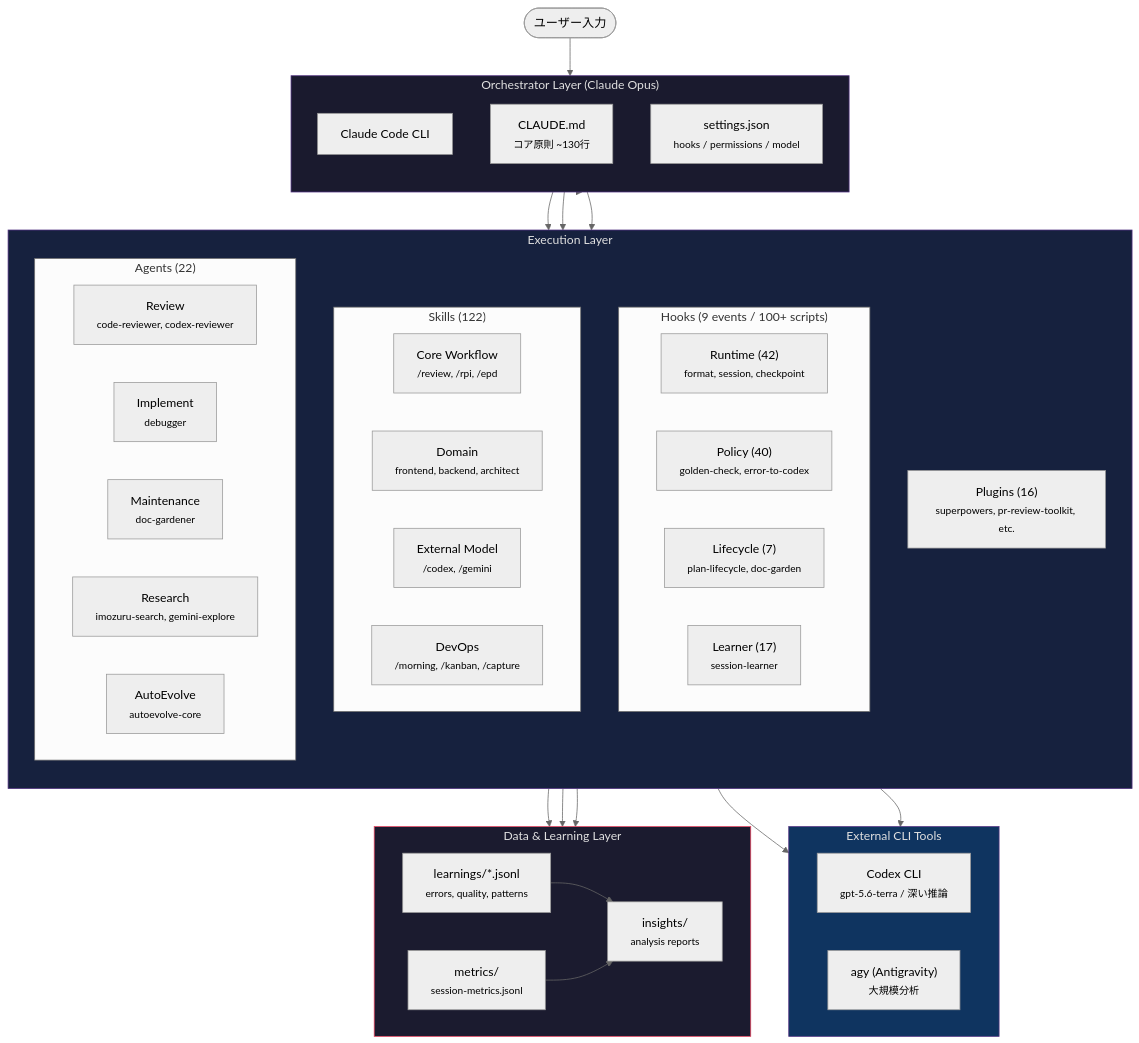
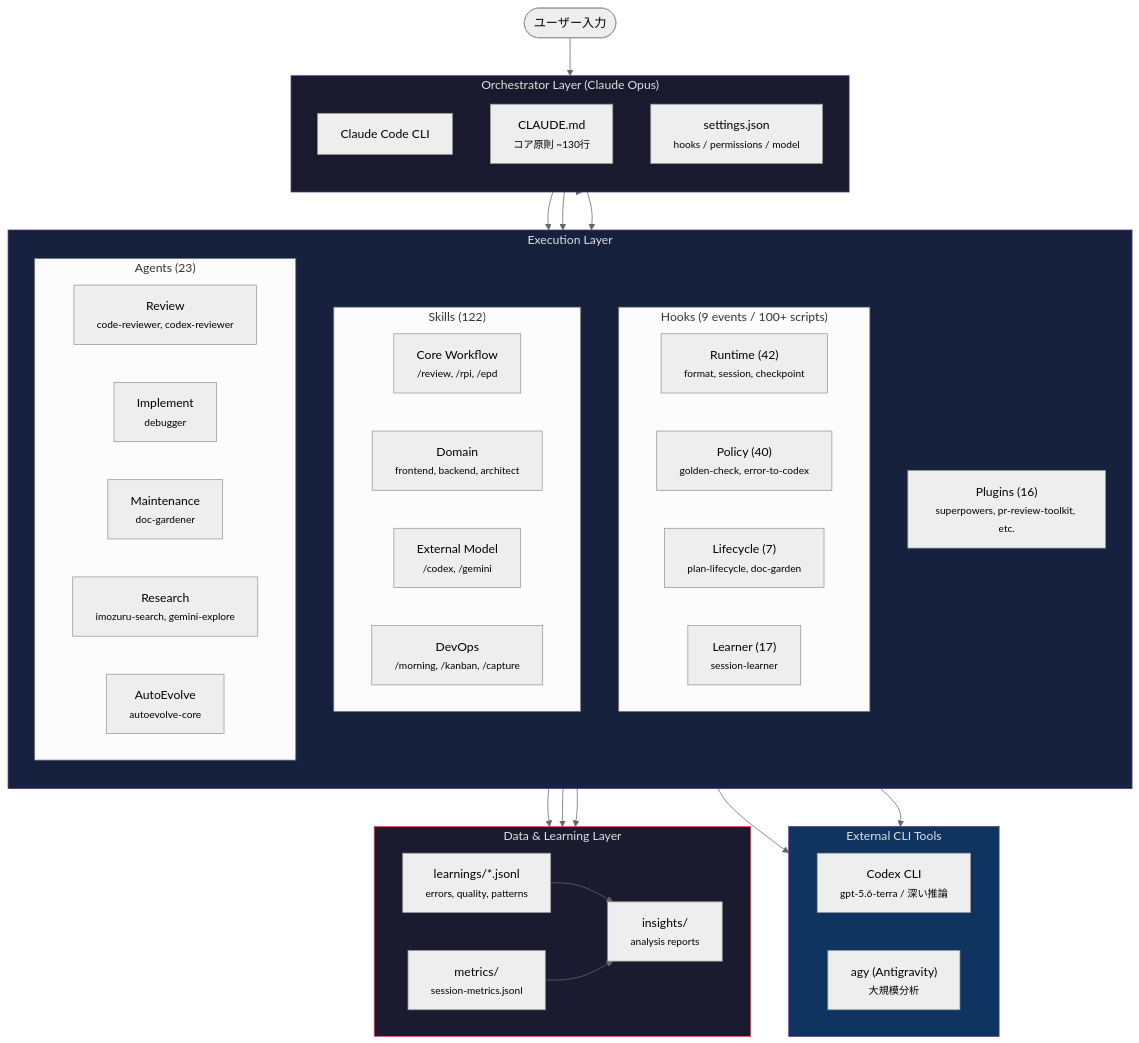
The first of 3 diagrams in .config/claude/README.md (takeuchi-shogo/dotfiles), drawn with Mermaid (neutral theme) before and after one commit. The commit also changed other lines of this file and 5 other files, not shown here.

````diff
--- a/.config/claude/README.md
+++ b/.config/claude/README.md
@@ -28,72 +28,72 @@
 ```mermaid
 graph TB
     User([ユーザー入力])
 
     subgraph orchestrator["Orchestrator Layer (Claude Opus)"]
         direction TB
         CC[Claude Code CLI]
         CLAUDE_MD["CLAUDE.md<br><small>コア原則 ~130行</small>"]
         SETTINGS["settings.json<br><small>hooks / permissions / model</small>"]
     end
 
     subgraph execution["Execution Layer"]
         direction TB
         subgraph hooks_box["Hooks (9 events / 100+ scripts)"]
             direction LR
             H_RT["Runtime (42)<br><small>format, session, checkpoint</small>"]
             H_PO["Policy (40)<br><small>golden-check, error-to-codex</small>"]
             H_LC["Lifecycle (7)<br><small>plan-lifecycle, doc-garden</small>"]
             H_LR["Learner (17)<br><small>session-learner</small>"]
         end
 
         subgraph skills_box["Skills (122)"]
             direction LR
             SK_CORE["Core Workflow<br><small>/review, /rpi, /epd</small>"]
             SK_DOMAIN["Domain<br><small>frontend, backend, architect</small>"]
             SK_EXT["External Model<br><small>/codex, /gemini</small>"]
             SK_OPS["DevOps<br><small>/morning, /kanban, /capture</small>"]
         end
 
-        subgraph agents_box["Agents (22)"]
+        subgraph agents_box["Agents (23)"]
             direction LR
             AG_REV["Review<br><small>code-reviewer, codex-reviewer</small>"]
             AG_IMPL["Implement<br><small>debugger</small>"]
             AG_MAINT["Maintenance<br><small>doc-gardener</small>"]
             AG_RESEARCH["Research<br><small>imozuru-search, gemini-explore</small>"]
             AG_EVOLVE["AutoEvolve<br><small>autoevolve-core</small>"]
         end
 
         PLUGINS["Plugins (16)<br><small>superpowers, pr-review-toolkit, etc.</small>"]
     end
 
     subgraph external["External CLI Tools"]
         direction LR
         CODEX["Codex CLI<br><small>gpt-5.6-terra / 深い推論</small>"]
         GEMINI["agy (Antigravity)<br><small>大規模分析</small>"]
     end
 
     subgraph data["Data & Learning Layer"]
         direction LR
         LEARNINGS["learnings/*.jsonl<br><small>errors, quality, patterns</small>"]
         METRICS["metrics/<br><small>session-metrics.jsonl</small>"]
         INSIGHTS["insights/<br><small>analysis reports</small>"]
     end
 
     User --> CC
     CC --> hooks_box
     CC --> skills_box
     CC --> agents_box
     CC --> PLUGINS
     SK_EXT --> CODEX
     SK_EXT --> GEMINI
     AG_EVOLVE --> LEARNINGS
     H_LR --> LEARNINGS
     H_PO --> LEARNINGS
     LEARNINGS --> INSIGHTS
     METRICS --> INSIGHTS
 
     style orchestrator fill:#1a1a2e,stroke:#533483,color:#e0e0e0
     style execution fill:#16213e,stroke:#533483,color:#e0e0e0
     style external fill:#0f3460,stroke:#533483,color:#e0e0e0
     style data fill:#1b1b2f,stroke:#e94560,color:#e0e0e0
 ```
````
